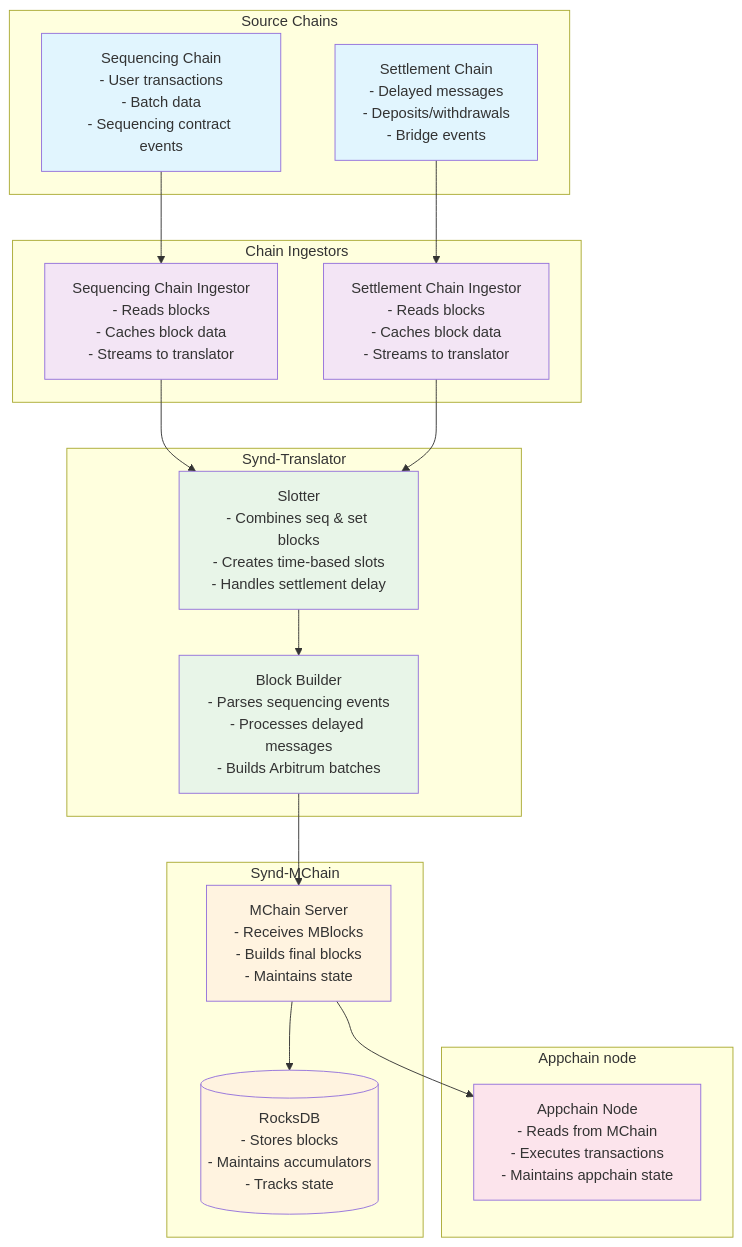
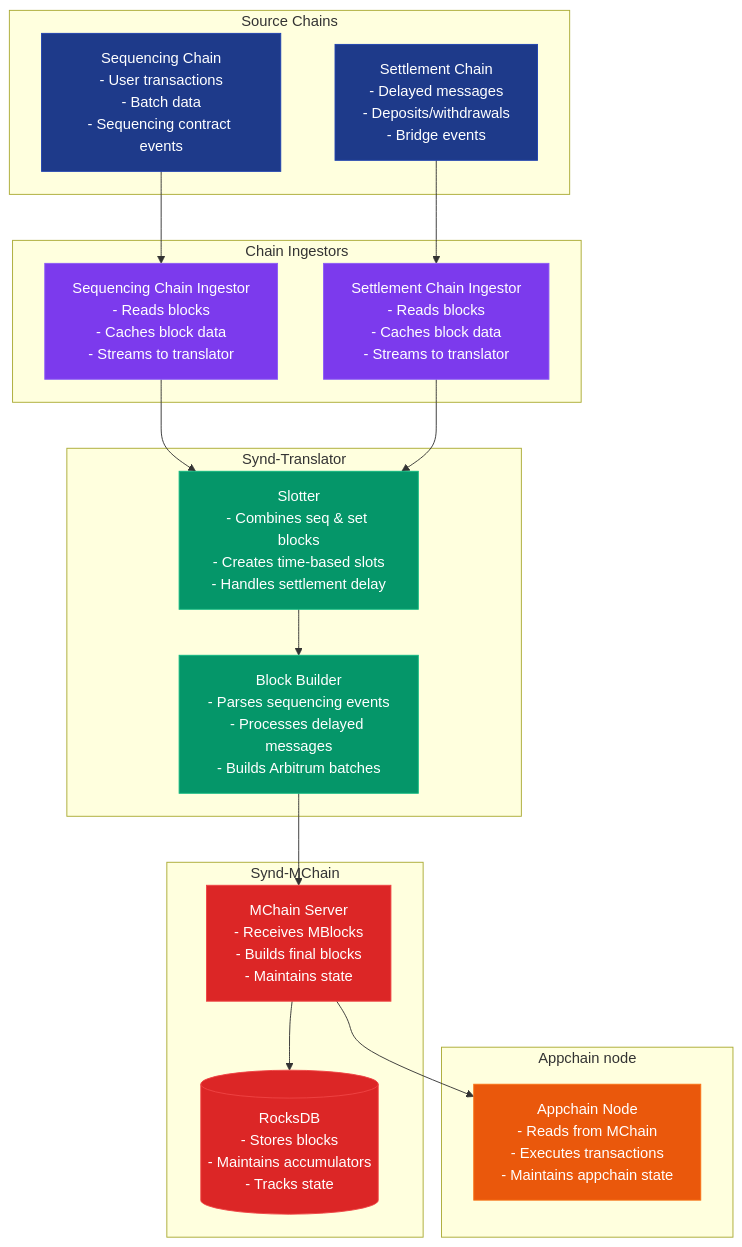
The first of 2 diagrams in synd-translator/README.md (SyndicateProtocol/syndicate-appchains), drawn with Mermaid before and after one commit. The commit also changed 1 other file, not shown here.

Commit message:
higher contrast

````diff
--- a/synd-translator/README.md
+++ b/synd-translator/README.md
@@ -17,56 +17,56 @@
 ```mermaid
 graph TB
     %% Source Chains
     subgraph "Source Chains"
         SEQ[Sequencing Chain<br/>- User transactions<br/>- Batch data<br/>- Sequencing contract events]
         SET[Settlement Chain<br/>- Delayed messages<br/>- Deposits/withdrawals<br/>- Bridge events]
     end
 
     %% Chain Ingestors
     subgraph "Chain Ingestors"
         SEQ_ING[Sequencing Chain Ingestor<br/>- Reads blocks<br/>- Caches block data<br/>- Streams to translator]
         SET_ING[Settlement Chain Ingestor<br/>- Reads blocks<br/>- Caches block data<br/>- Streams to translator]
     end
 
     %% Translator Components
     subgraph "Synd-Translator"
         SLOTTER[Slotter<br/>- Combines seq & set blocks<br/>- Creates time-based slots<br/>- Handles settlement delay]
         BLOCK_BUILDER[Block Builder<br/>- Parses sequencing events<br/>- Processes delayed messages<br/>- Builds Arbitrum batches]
     end
 
     %% MChain
     subgraph "Synd-MChain"
         MCHAIN[MChain Server<br/>- Receives MBlocks<br/>- Builds final blocks<br/>- Maintains state]
         DB[(RocksDB<br/>- Stores blocks<br/>- Maintains accumulators<br/>- Tracks state)]
     end
 
-    %% Appchain Node
+    %% Appchain
     subgraph "Appchain node"
         APPCHAIN[Appchain Node<br/>- Reads from MChain<br/>- Executes transactions<br/>- Maintains appchain state]
     end
 
     %% Data Flow
     SEQ --> SEQ_ING
     SET --> SET_ING
 
     SEQ_ING --> SLOTTER
     SET_ING --> SLOTTER
 
     SLOTTER --> BLOCK_BUILDER
     BLOCK_BUILDER --> MCHAIN
     MCHAIN --> DB
     MCHAIN --> APPCHAIN
 
-    %% Styling
-    classDef sourceChain fill:#e1f5fe
-    classDef ingestor fill:#f3e5f5
-    classDef translator fill:#e8f5e8
-    classDef mchain fill:#fff3e0
-    classDef appchain fill:#fce4ec
+    %% Styling - High contrast for dark mode
+    classDef sourceChain fill:#1e3a8a,stroke:#1e40af,color:#ffffff
+    classDef ingestor fill:#7c3aed,stroke:#8b5cf6,color:#ffffff
+    classDef translator fill:#059669,stroke:#10b981,color:#ffffff
+    classDef mchain fill:#dc2626,stroke:#ef4444,color:#ffffff
+    classDef appchain fill:#ea580c,stroke:#f97316,color:#ffffff
 
     class SEQ,SET sourceChain
     class SEQ_ING,SET_ING ingestor
     class SLOTTER,BLOCK_BUILDER translator
     class MCHAIN,DB mchain
     class APPCHAIN appchain
 ```
````
